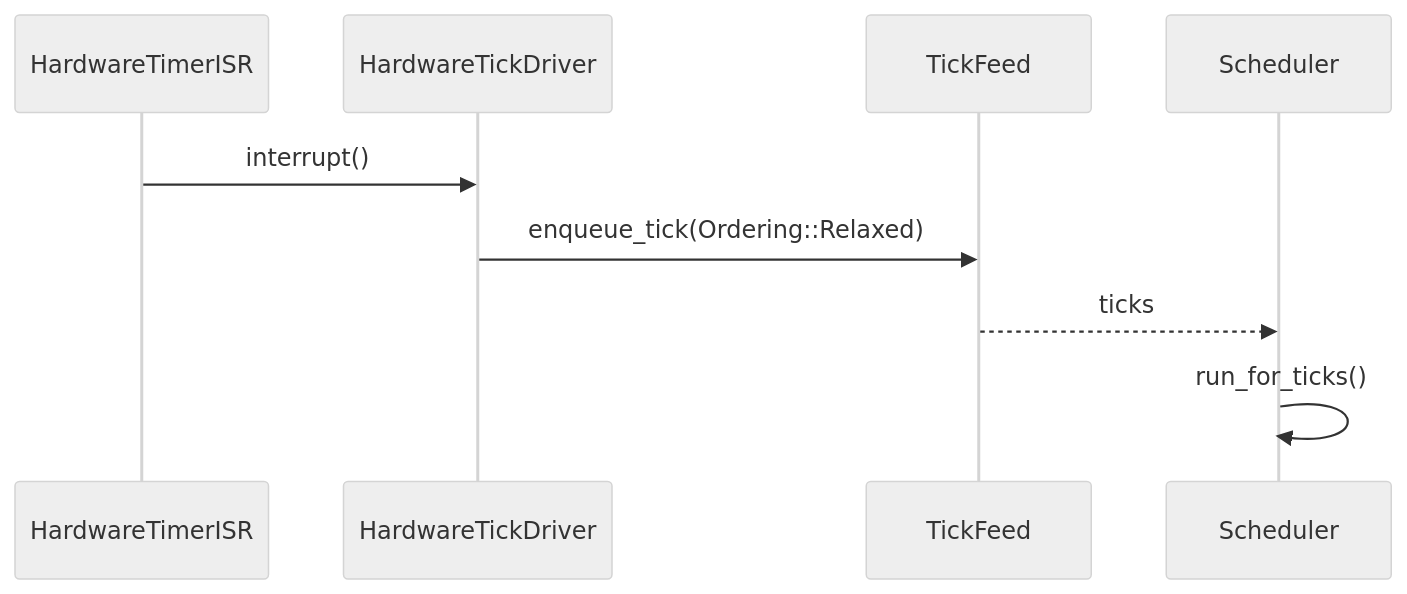
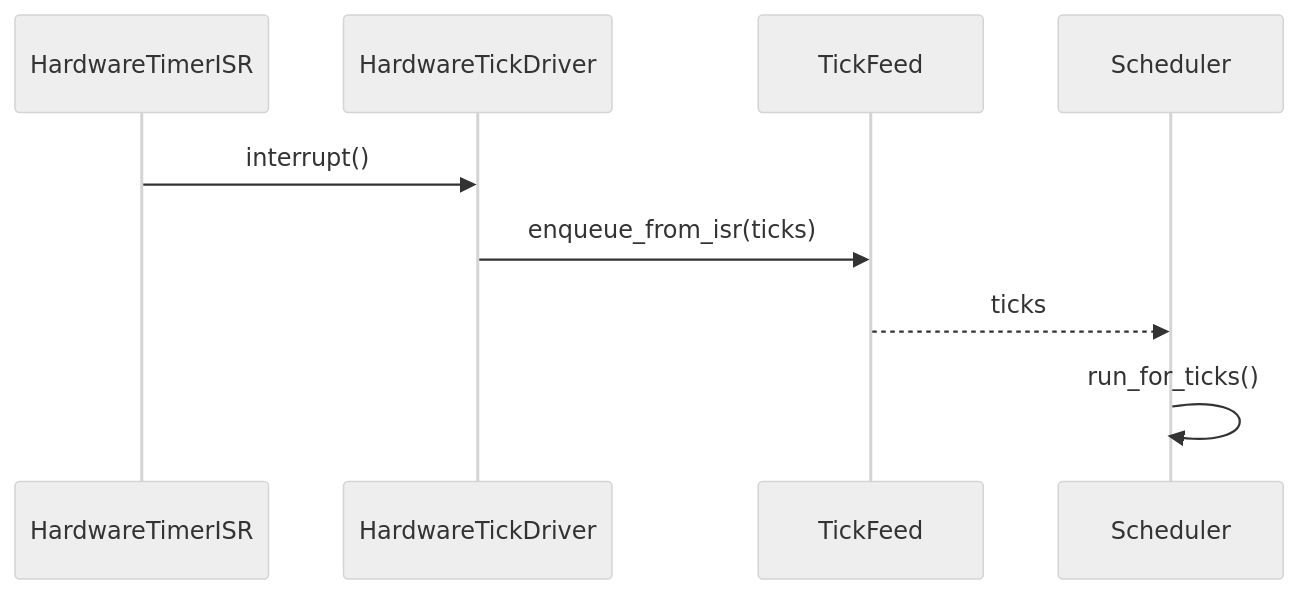
The third of 3 diagrams in .kiro/specs/scheduler-tick-driver-integration/design.md (j5ik2o/fraktor-rs), drawn with Mermaid (neutral theme) before and after one commit. The commit also changed other lines of this file, not shown here.

Commit message:
feat: enhance TickDriver configuration and metrics handling in design documentation

````diff
--- a/.kiro/specs/scheduler-tick-driver-integration/design.md
+++ b/.kiro/specs/scheduler-tick-driver-integration/design.md
@@ -91,11 +91,11 @@
 ```mermaid
 sequenceDiagram
   participant HAL as HardwareTimerISR
   participant Driver as HardwareTickDriver
   participant Feed as TickFeed
   participant Scheduler as Scheduler
   HAL->>Driver: interrupt()
-  Driver->>Feed: enqueue_tick(Ordering::Relaxed)
+  Driver->>Feed: enqueue_from_isr(ticks)
   Feed-->>Scheduler: ticks
   Scheduler->>Scheduler: run_for_ticks()
 ```
````
